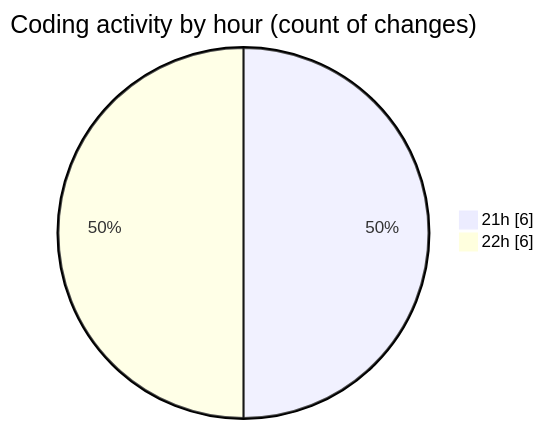
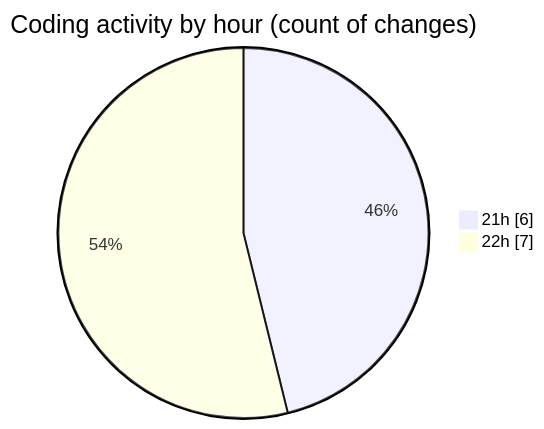
One commit to JenPaints/code-tracking changed the second of 2 diagrams in 2025-07-24/cohera/README.md. Above: the diagram before and after it, drawn with Mermaid. The commit also changed other lines of this file and 1 other file, not shown here.

````diff
--- a/2025-07-24/cohera/README.md
+++ b/2025-07-24/cohera/README.md
@@ -33,6 +35,6 @@
 ```mermaid
 pie showData
 title Coding activity by hour (count of changes)
 "21h" : 6
-"22h" : 6
+"22h" : 7
 ```
````
